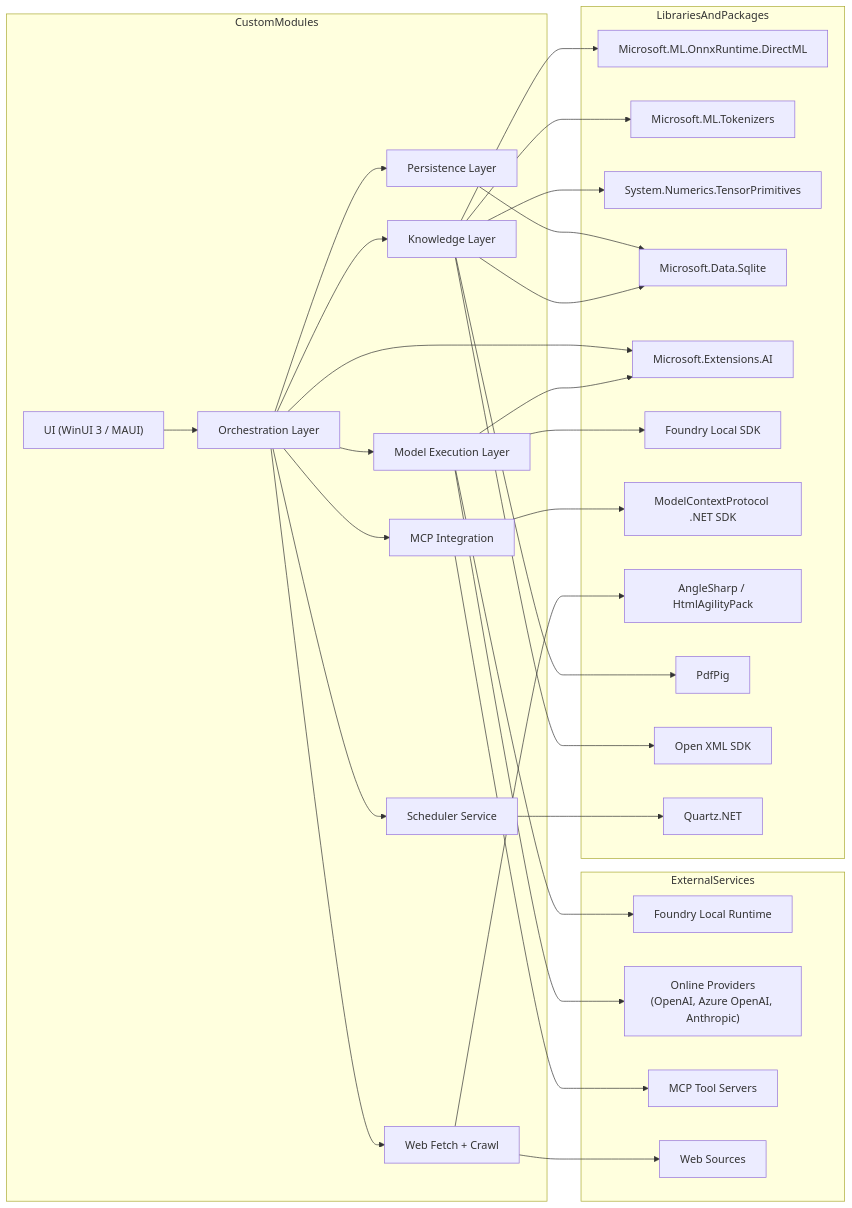
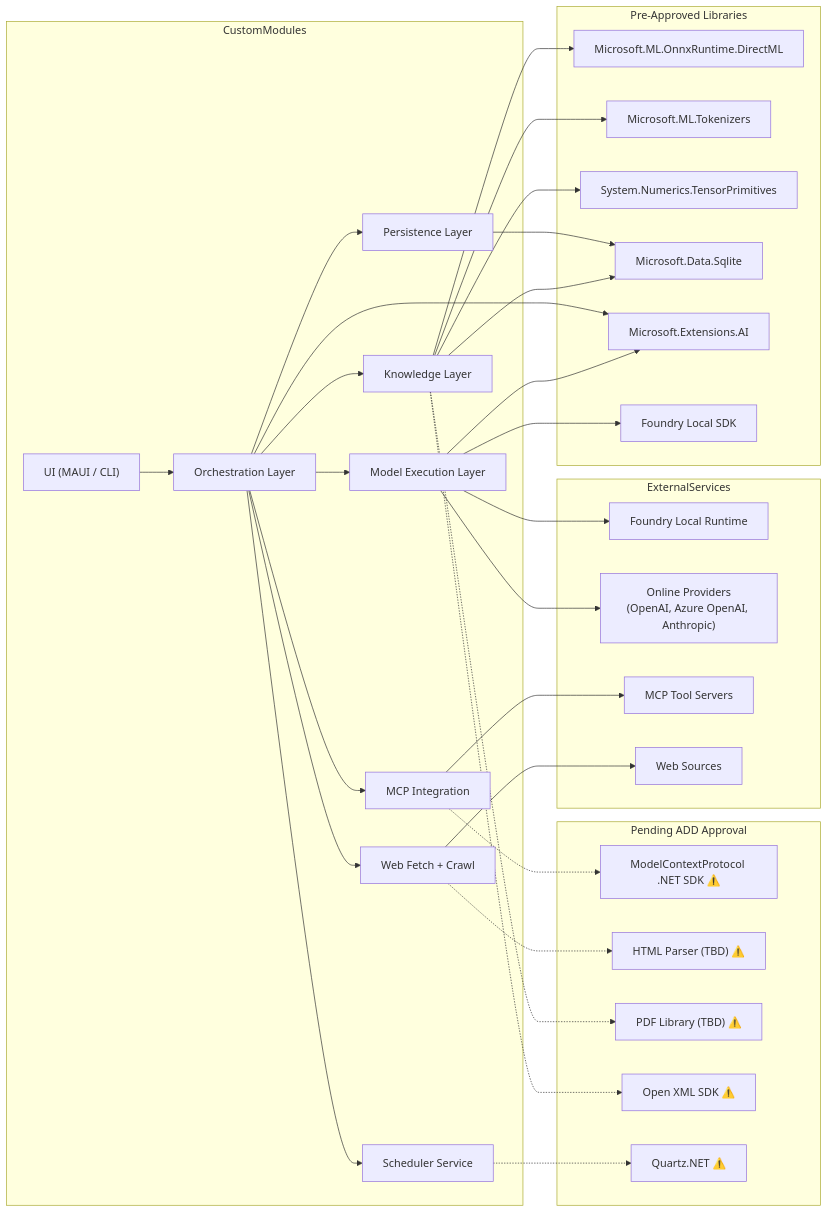
The diagram in Docs/Requirements/Architecture/module-libraries-map.md (stevecisco/daiv3), drawn with Mermaid before and after one commit. The commit also changed other lines of this file and 11 other files, not shown here.

Commit message:
Updating copilto instructions, design documents, dependencies, architectural docs, etc

````diff
--- a/Docs/Requirements/Architecture/module-libraries-map.md
+++ b/Docs/Requirements/Architecture/module-libraries-map.md
@@ -3,65 +12,68 @@
 ```mermaid
 flowchart LR
     subgraph CustomModules
-        UI["UI (WinUI 3 / MAUI)"]
+        UI["UI (MAUI / CLI)"]
         Orchestration["Orchestration Layer"]
         ModelExec["Model Execution Layer"]
         Knowledge["Knowledge Layer"]
         Scheduler["Scheduler Service"]
         WebFetch["Web Fetch + Crawl"]
         McpIntegration["MCP Integration"]
         Persistence["Persistence Layer"]
     end
 
-    subgraph LibrariesAndPackages
+    subgraph ApprovedLibraries["Pre-Approved Libraries"]
         Onnx["Microsoft.ML.OnnxRuntime.DirectML"]
         Tokenizers["Microsoft.ML.Tokenizers"]
         Tensor["System.Numerics.TensorPrimitives"]
         SqliteLib["Microsoft.Data.Sqlite"]
         ExtAI["Microsoft.Extensions.AI"]
         FoundrySdk["Foundry Local SDK"]
-        McpSdk["ModelContextProtocol .NET SDK"]
-        HtmlParser["AngleSharp / HtmlAgilityPack"]
-        PdfLib["PdfPig"]
-        OpenXml["Open XML SDK"]
-        Quartz["Quartz.NET"]
+    end
+    
+    subgraph PendingApproval["Pending ADD Approval"]
+        McpSdk["ModelContextProtocol .NET SDK ⚠️"]
+        HtmlParser["HTML Parser (TBD) ⚠️"]
+        PdfLib["PDF Library (TBD) ⚠️"]
+        OpenXml["Open XML SDK ⚠️"]
+        Quartz["Quartz.NET ⚠️"]
     end
 
     subgraph ExternalServices
         FoundryRuntime["Foundry Local Runtime"]
         OnlineProviders["Online Providers\n(OpenAI, Azure OpenAI, Anthropic)"]
         McpServers["MCP Tool Servers"]
         WebSources["Web Sources"]
     end
 
     ModelExec --> ExtAI
     ModelExec --> FoundrySdk
     ModelExec --> FoundryRuntime
     ModelExec --> OnlineProviders
 
     Knowledge --> Onnx
     Knowledge --> Tokenizers
     Knowledge --> Tensor
     Knowledge --> SqliteLib
 
-    WebFetch --> HtmlParser
+    WebFetch -.-> HtmlParser
     WebFetch --> WebSources
 
     Orchestration --> ExtAI
-    McpIntegration --> McpSdk
+    McpIntegration -.-> McpSdk
     McpIntegration --> McpServers
 
-    Scheduler --> Quartz
+    Scheduler -.-> Quartz
     Persistence --> SqliteLib
 
-    Knowledge --> PdfLib
-    Knowledge --> OpenXml
+    Knowledge -.-> PdfLib
+    Knowledge -.-> OpenXml
 
     UI --> Orchestration
     Orchestration --> ModelExec
     Orchestration --> Knowledge
     Orchestration --> Scheduler
     Orchestration --> WebFetch
     Orchestration --> McpIntegration
     Orchestration --> Persistence
 ```
````
